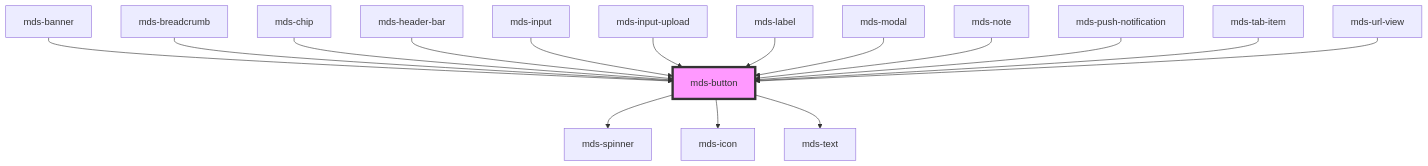
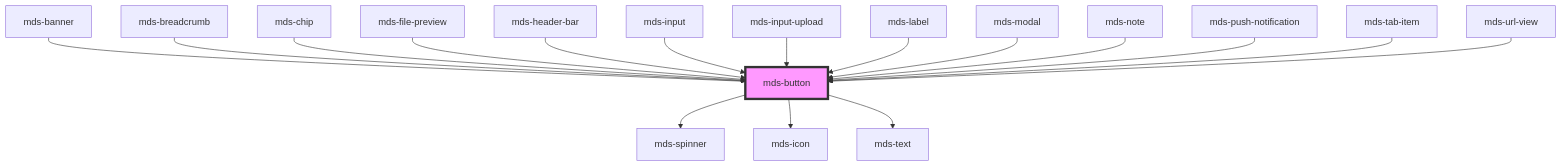
Before and after one commit to magma-design-system/magma: the diagram in projects/stencil/src/components/mds-button/readme.md, drawn with Mermaid. The commit also changed other lines of this file and 5 other files, not shown here.

````diff
--- a/projects/stencil/src/components/mds-button/readme.md
+++ b/projects/stencil/src/components/mds-button/readme.md
@@ -81,19 +82,20 @@
 ```mermaid
 graph TD;
   mds-button --> mds-spinner
   mds-button --> mds-icon
   mds-button --> mds-text
   mds-banner --> mds-button
   mds-breadcrumb --> mds-button
   mds-chip --> mds-button
+  mds-file-preview --> mds-button
   mds-header-bar --> mds-button
   mds-input --> mds-button
   mds-input-upload --> mds-button
   mds-label --> mds-button
   mds-modal --> mds-button
   mds-note --> mds-button
   mds-push-notification --> mds-button
   mds-tab-item --> mds-button
   mds-url-view --> mds-button
   style mds-button fill:#f9f,stroke:#333,stroke-width:4px
 ```
````
